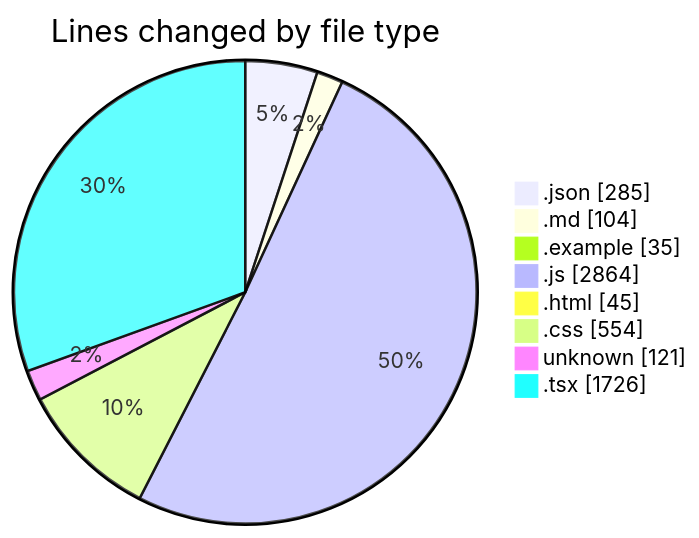
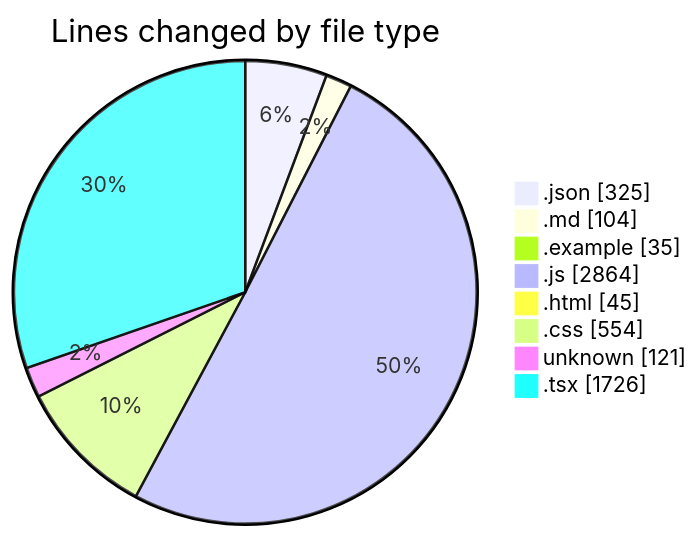
Before and after one commit to lephambinh05/code-tracking: the first of 2 diagrams in 2025-08-05/napxuvn/README.md, drawn with Mermaid. The commit also changed other lines of this file and 1 other file, not shown here.

````diff
--- a/2025-08-05/napxuvn/README.md
+++ b/2025-08-05/napxuvn/README.md
@@ -60,12 +61,12 @@
 ```mermaid
 pie showData
 title Lines changed by file type
-".json" : 285
+".json" : 325
 ".md" : 104
 ".example" : 35
 ".js" : 2864
 ".html" : 45
 ".css" : 554
 "unknown" : 121
 ".tsx" : 1726
 ```
````
